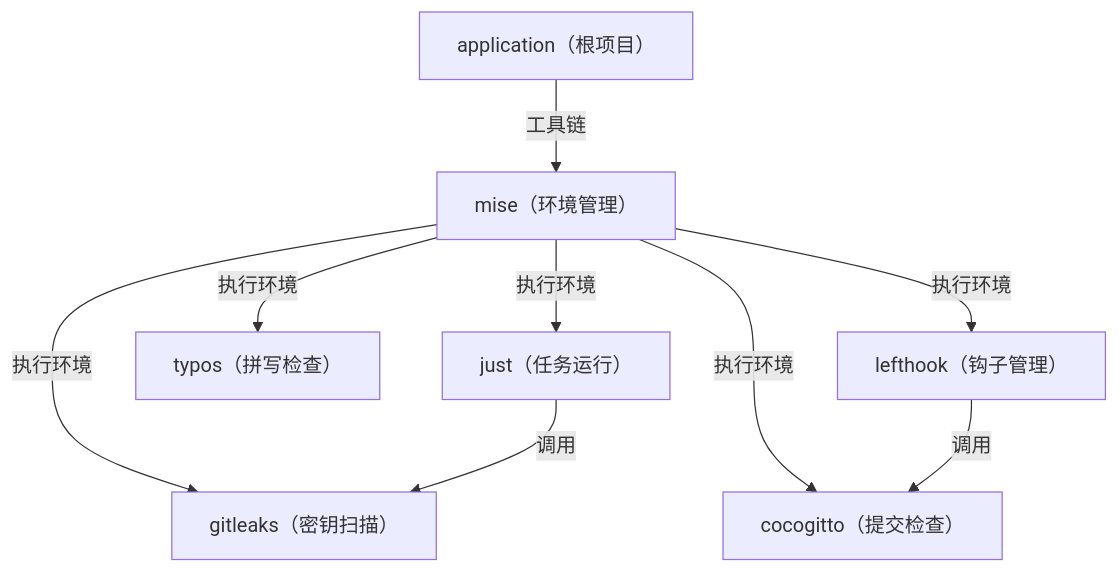
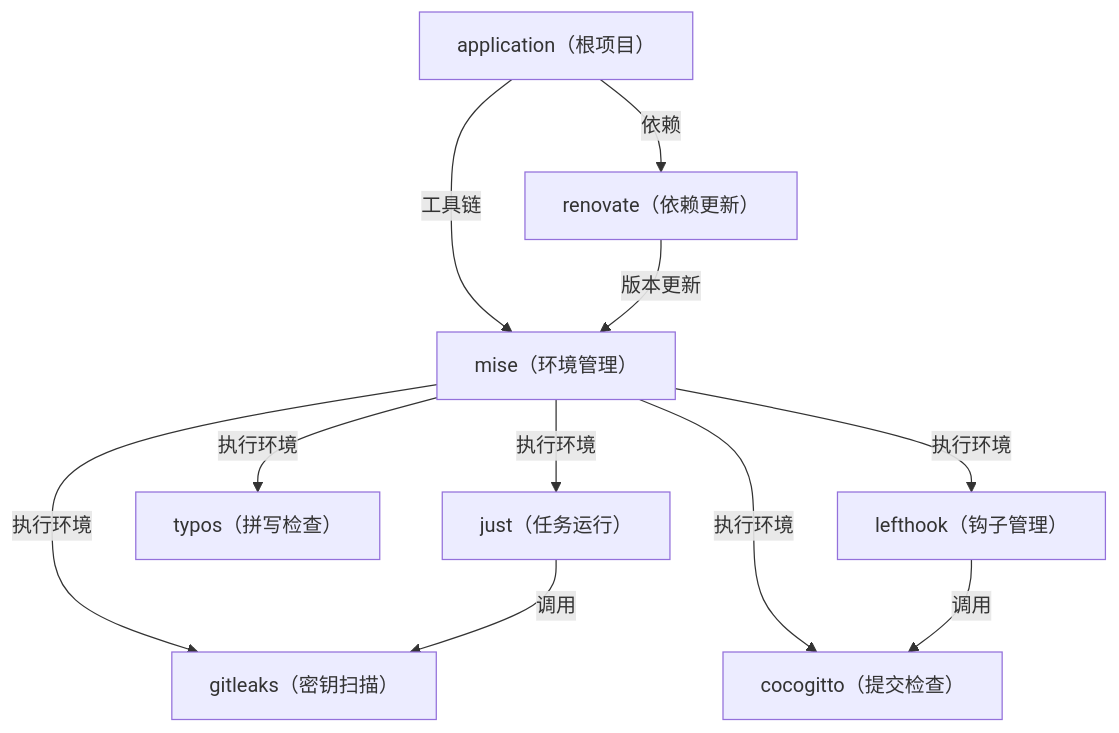
The diagram in README.md (sweets-wtt/application), drawn with Mermaid before and after one commit. The commit also changed other lines of this file and 1 other file, not shown here.

Commit message:
chore(toolchain): 依赖更新初始化

````diff
--- a/README.md
+++ b/README.md
@@ -10,12 +10,14 @@
 ```mermaid
 flowchart TD
     application["application（根项目）"]
     application -->|工具链| mise["mise（环境管理）"]
     mise -->|执行环境| just["just（任务运行）"]
     mise -->|执行环境| typos["typos（拼写检查）"]
     mise -->|执行环境| cocogitto["cocogitto（提交检查）"]
     mise -->|执行环境| lefthook["lefthook（钩子管理）"]
     lefthook -->|调用| cocogitto["cocogitto（提交检查）"]
     mise -->|执行环境| gitleaks["gitleaks（密钥扫描）"]
     just -->|调用| gitleaks["gitleaks（密钥扫描）"]
+    application -->|依赖| renovate["renovate（依赖更新）"]
+    renovate -->|版本更新| mise["mise（环境管理）"]
 ```
````
